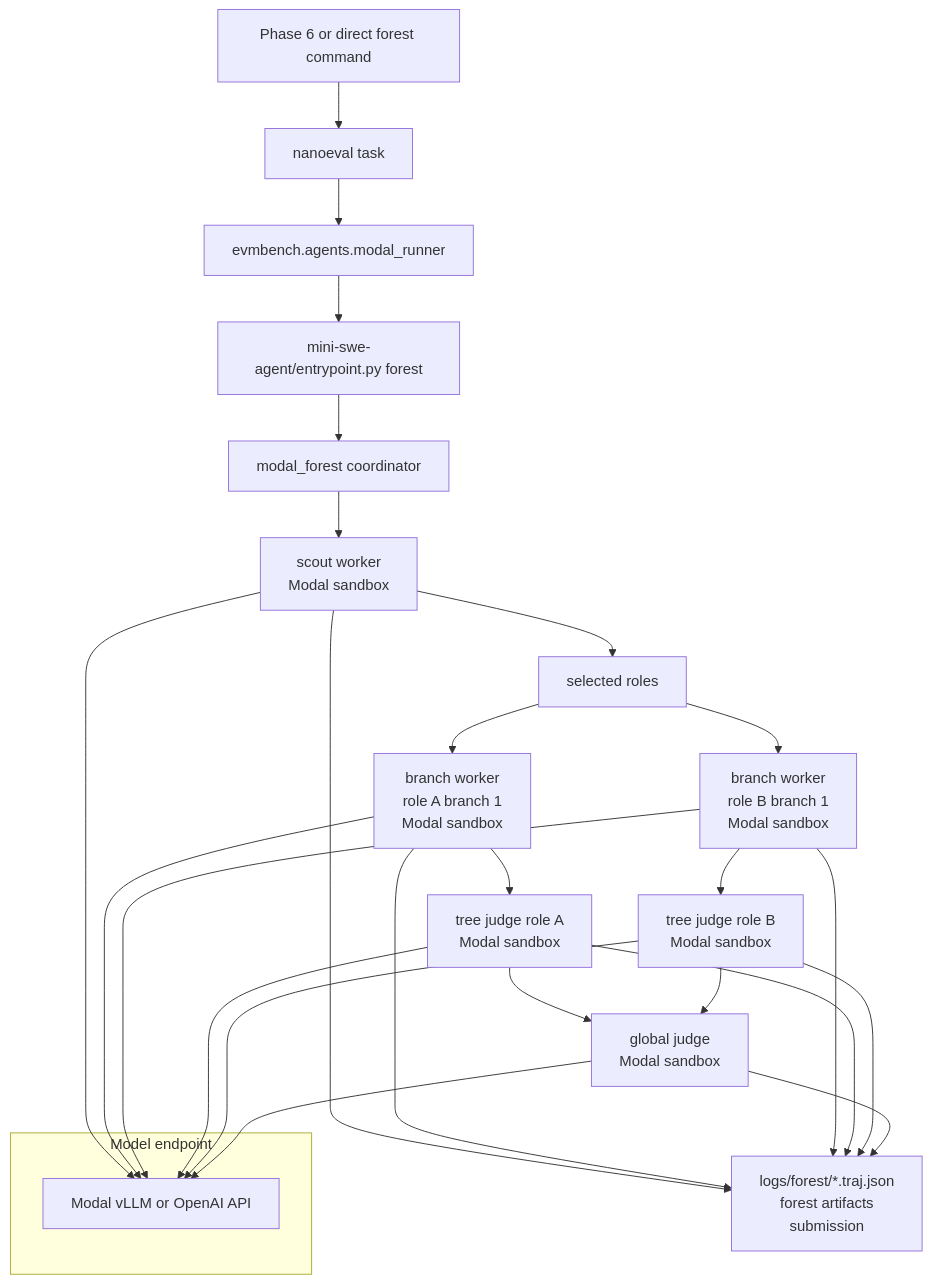
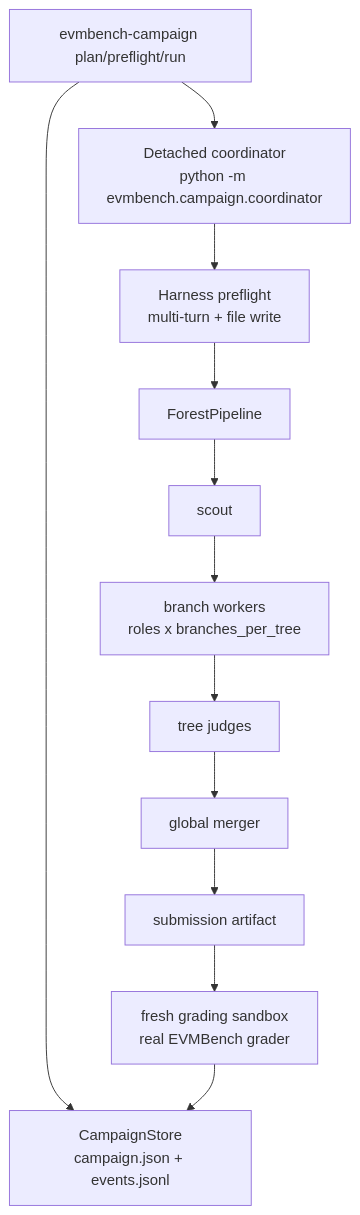
Before and after one commit to pranay5255/forestOfAudits: the first of 6 diagrams in project/evmbench/docs/system-architecture.md, drawn with Mermaid. The commit also changed other lines of this file, not shown here.

Commit message:
docs: describe campaign and harness architecture

````diff
--- a/project/evmbench/docs/system-architecture.md
+++ b/project/evmbench/docs/system-architecture.md
@@ -471,34 +20,14 @@
 ```mermaid
 flowchart TD
-  PHASE6["Phase 6 or direct forest command"] --> NANOEVAL["nanoeval task"]
-  NANOEVAL --> MODAL_RUNNER["evmbench.agents.modal_runner"]
-  MODAL_RUNNER --> ENTRY["mini-swe-agent/entrypoint.py forest"]
-  ENTRY --> COORD["modal_forest coordinator"]
-
-  COORD --> SCOUT["scout worker<br/>Modal sandbox"]
-  SCOUT --> ROLES["selected roles"]
-  ROLES --> BRANCH1["branch worker<br/>role A branch 1<br/>Modal sandbox"]
-  ROLES --> BRANCH2["branch worker<br/>role B branch 1<br/>Modal sandbox"]
-  BRANCH1 --> JUDGE1["tree judge role A<br/>Modal sandbox"]
-  BRANCH2 --> JUDGE2["tree judge role B<br/>Modal sandbox"]
-  JUDGE1 --> GLOBAL["global judge<br/>Modal sandbox"]
-  JUDGE2 --> GLOBAL
-
-  subgraph Model["Model endpoint"]
-    VLLM["Modal vLLM or OpenAI API"]
-  end
-
-  SCOUT --> VLLM
-  BRANCH1 --> VLLM
-  BRANCH2 --> VLLM
-  JUDGE1 --> VLLM
-  JUDGE2 --> VLLM
-  GLOBAL --> VLLM
-
-  SCOUT --> ART["logs/forest/*.traj.json<br/>forest artifacts<br/>submission"]
-  BRANCH1 --> ART
-  BRANCH2 --> ART
-  JUDGE1 --> ART
-  JUDGE2 --> ART
-  GLOBAL --> ART
+  CLI["evmbench-campaign plan/preflight/run"] --> STORE["CampaignStore<br/>campaign.json + events.jsonl"]
+  CLI --> COORD["Detached coordinator<br/>python -m evmbench.campaign.coordinator"]
+  COORD --> PRE["Harness preflight<br/>multi-turn + file write"]
+  PRE --> PIPE["ForestPipeline"]
+  PIPE --> SCOUT["scout"]
+  SCOUT --> BR["branch workers<br/>roles x branches_per_tree"]
+  BR --> JUDGE["tree judges"]
+  JUDGE --> MERGE["global merger"]
+  MERGE --> SUB["submission artifact"]
+  SUB --> GRADE["fresh grading sandbox<br/>real EVMBench grader"]
+  GRADE --> STORE
 ```
````
